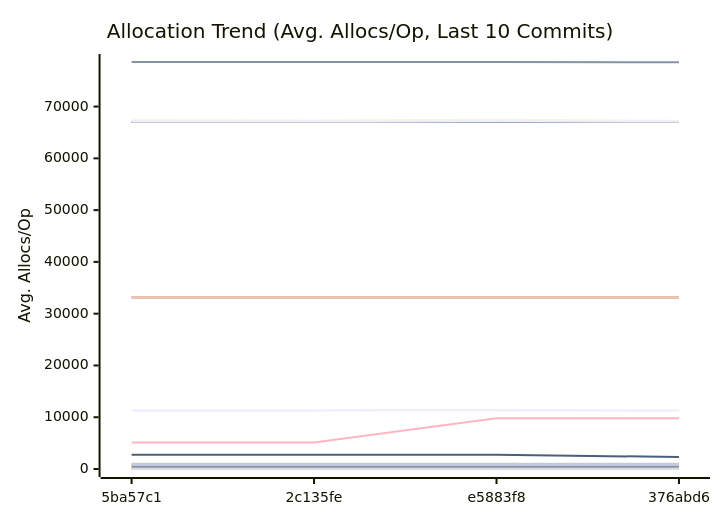
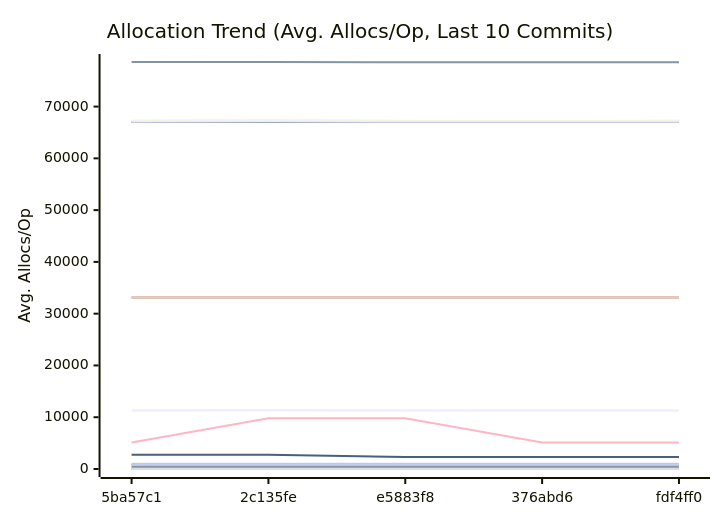
One commit to alsotoes/momo changed the third of 3 diagrams in docs/PERFORMANCE.md. Above: the diagram before and after it, drawn with Mermaid. The commit also changed other lines of this file and 2 other files, not shown here.

````diff
--- a/docs/PERFORMANCE.md
+++ b/docs/PERFORMANCE.md
@@ -360,44 +360,44 @@
 ```mermaid
 xychart-beta
     title "Allocation Trend (Avg. Allocs/Op, Last 10 Commits)"
     x-axis "Commit"
     y-axis "Avg. Allocs/Op"
-    x-axis [5ba57c1,2c135fe,e5883f8,376abd6]
-    line "AWSChunkedReaderSigned" [11305,11315,11352,11288,11282,11307,11314,11300,11307,11302]
-    line "AWSChunkedReaderUnsigned" [78586,78603,78609,78561,78569,78579,78587,78576,78613,78584]
+    x-axis [5ba57c1,2c135fe,e5883f8,376abd6,fdf4ff0]
+    line "AWSChunkedReaderSigned" [11315,11352,11288,11282,11307,11314,11300,11307,11302,11307]
+    line "AWSChunkedReaderUnsigned" [78603,78609,78561,78569,78579,78587,78576,78613,78584,78583]
     line "CheckMetricsAndSwap" [0,0,0,0,0,0,0,0,0,0]
     line "CrushOptimized" [0,0,0,0,0,0,0,0,0,0]
     line "CrushOriginal" [3,3,3,3,3,3,3,3,3,3]
     line "FormatListObjectsV2XML_AppendFormat" [16,16,16,16,16,16,16,16,16,16]
     line "FormatListObjectsV2XML_OldFormat" [1000,1000,1000,1000,1000,1000,1000,1000,1000,1000]
     line "HashBytes/1MiB" [64,64,64,64,64,64,64,64,64,64]
     line "HashBytes/256MiB" [64,64,64,64,64,64,64,64,64,64]
     line "HashBytes/64MiB" [64,64,64,64,64,64,64,64,64,64]
     line "HashFile/1MiB" [33128,33128,33128,33128,33128,33128,33128,33128,33128,33128]
     line "HashFile/256MiB" [33128,33128,33128,33128,33128,33128,33128,33128,33128,33128]
     line "HashFile/64MiB" [33128,33128,33128,33128,33128,33128,33128,33128,33128,33128]
     line "IndexDirectTracking" [0,0,0,0,0,0,0,0,0,0]
     line "IndexSearch" [0,0,0,0,0,0,0,0,0,0]
     line "LastModifiedHeader_AppendFormat" [0,0,0,0,0,0,0,0,0,0]
     line "LastModifiedHeader_Format" [1,1,1,1,1,1,1,1,1,1]
     line "LoadGlobalConfig" [58,58,58,58,58,58,58,58,58,58]
-    line "LocalWrite/1MiB" [67030,67029,67036,67031,67028,67030,67033,67040,67026,67032]
-    line "LocalWrite/256MiB" [67358,67330,67465,67275,67218,67324,67356,67435,67322,67349]
-    line "LocalWrite/64MiB" [67086,67071,67103,67070,67080,67067,67089,67097,67084,67096]
+    line "LocalWrite/1MiB" [67029,67036,67031,67028,67030,67033,67040,67026,67032,67028]
+    line "LocalWrite/256MiB" [67330,67465,67275,67218,67324,67356,67435,67322,67349,67419]
+    line "LocalWrite/64MiB" [67071,67103,67070,67080,67067,67089,67097,67084,67096,67074]
     line "PadString" [1,1,1,1,1,1,1,1,1,1]
     line "ParseReplicationOrder_NoPrealloc" [6,6,6,6,6,5,5,5,5,5]
     line "ParseReplicationOrder_Prealloc" [2,2,2,2,2,1,1,1,1,1]
     line "Placement" [6,6,6,6,6,6,6,6,6,6]
     line "PlacementDomainSpread" [6,6,6,6,6,6,6,6,6,6]
-    line "ReadVerify/1MiB" [460,460,484,458,466,460,436,471,463,468]
-    line "ReadVerify/256MiB" [5120,5120,9808,9808,5120,5120,9808,9808,9808,9808]
-    line "ReadVerify/64MiB" [2776,2776,2776,2307,2307,2307,2776,2776,2776,2776]
+    line "ReadVerify/1MiB" [460,484,458,466,460,436,471,463,468,467]
+    line "ReadVerify/256MiB" [5120,9808,9808,5120,5120,9808,9808,9808,9808,9808]
+    line "ReadVerify/64MiB" [2776,2776,2307,2307,2307,2776,2776,2776,2776,2776]
     line "S3PutSpool/1MiB" [447,447,447,447,447,447,447,447,447,447]
     line "S3PutSpool/256MiB" [448,448,448,448,448,448,448,448,448,448]
     line "S3PutSpool/64MiB" [448,448,448,448,448,448,448,448,448,448]
     line "SanitizeLog/Safe" [0,0,0,0,0,0,0,0,0,0]
     line "SanitizeLog/Unsafe" [1,1,1,1,1,1,1,1,1,1]
-    line "TrustedRead/1MiB" [800,830,800,827,800,800,800,800,800,800]
-    line "TrustedRead/256MiB" [800,800,800,800,800,800,800,848,800,800]
+    line "TrustedRead/1MiB" [830,800,827,800,800,800,800,800,800,800]
+    line "TrustedRead/256MiB" [800,800,800,800,800,800,848,800,800,800]
     line "TrustedRead/64MiB" [800,800,800,800,800,800,800,800,800,800]
 ```
````
